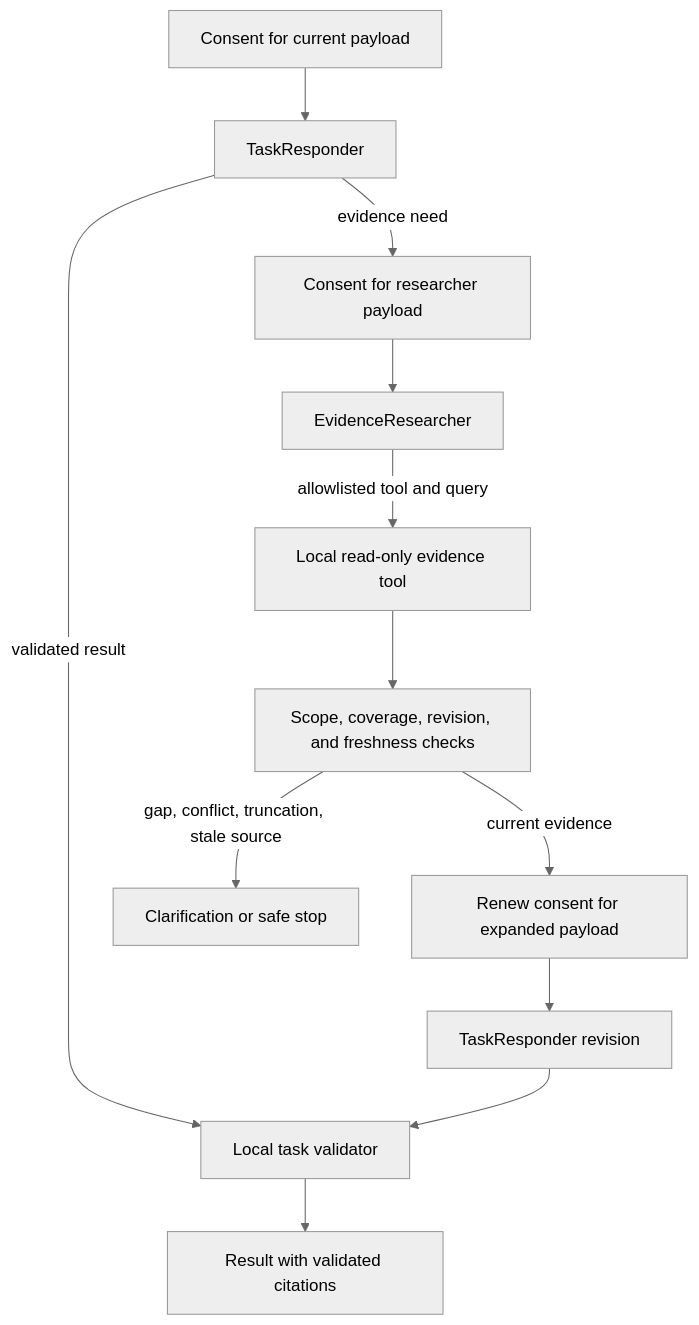
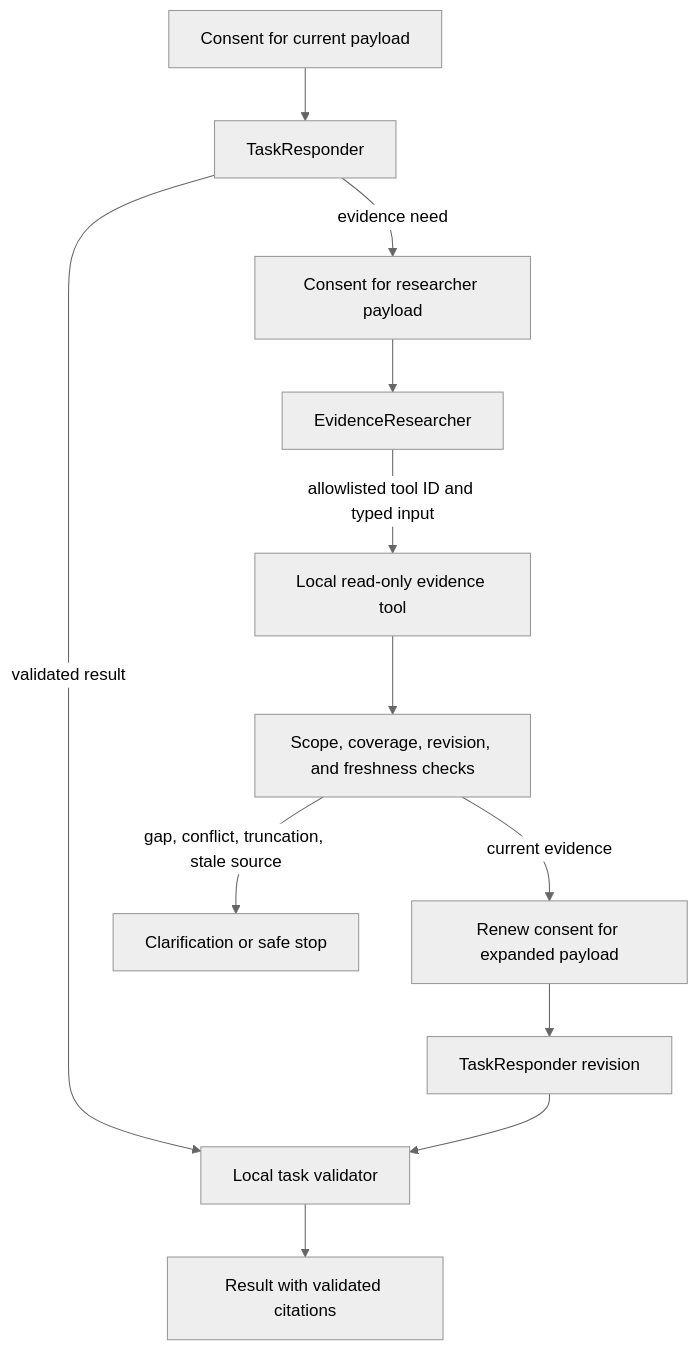
One commit to eunsoogi/orot changed the diagram in docs/multi-agent.md. Above: the diagram before and after it, drawn with Mermaid (neutral theme). The commit also changed other lines of this file and 16 other files, not shown here.

Commit message:
feat(agent): add bounded local evidence query adapters

````diff
--- a/docs/multi-agent.md
+++ b/docs/multi-agent.md
@@ -5,14 +5,14 @@
 ```mermaid
 flowchart TD
     P[Consent for current payload] --> A[TaskResponder]
     A -->|validated result| Z[Local task validator]
     A -->|evidence need| Q[Consent for researcher payload]
     Q --> B[EvidenceResearcher]
-    B -->|allowlisted tool and query| C[Local read-only evidence tool]
+    B -->|allowlisted tool ID and typed input| C[Local read-only evidence tool]
     C --> D[Scope, coverage, revision, and freshness checks]
     D -->|current evidence| G[Renew consent for expanded payload]
     G --> E[TaskResponder revision]
     D -->|gap, conflict, truncation, stale source| F[Clarification or safe stop]
     E --> Z
     Z --> H[Result with validated citations]
 ```
````
